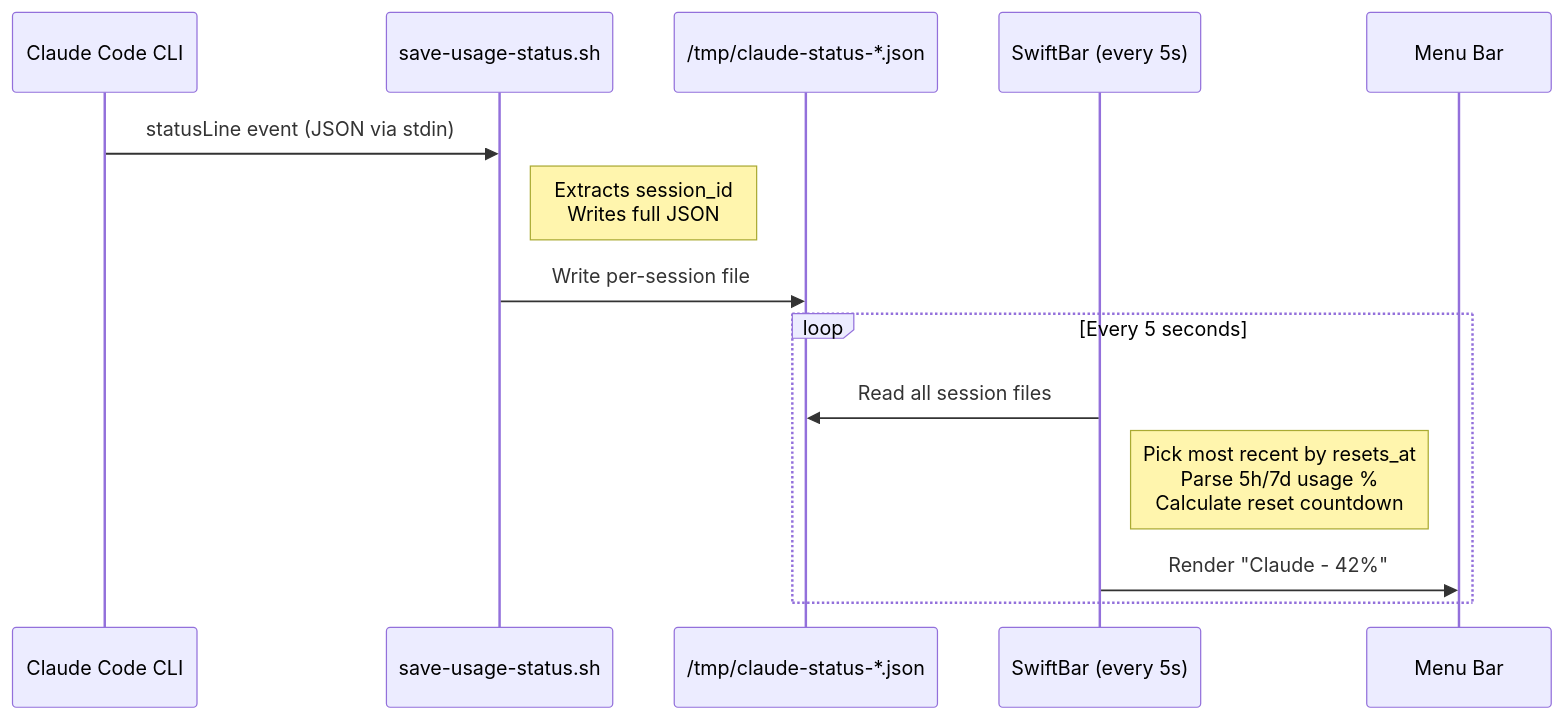
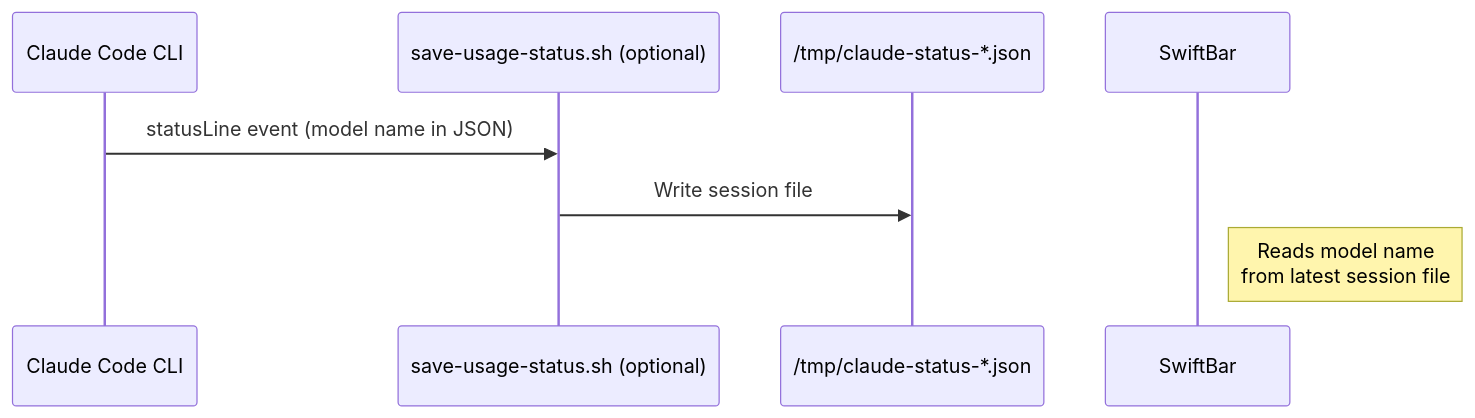
One commit to hohieuu/ai-usage-bar changed the second of 3 diagrams in README.md. Above: the diagram before and after it, drawn with Mermaid. The commit also changed other lines of this file and 4 other files, not shown here.

````diff
--- a/README.md
+++ b/README.md
@@ -81,17 +103,11 @@
 ```mermaid
 sequenceDiagram
     participant CC as Claude Code CLI
-    participant Hook as save-usage-status.sh
+    participant Hook as save-usage-status.sh (optional)
     participant Tmp as /tmp/claude-status-*.json
-    participant SB as SwiftBar (every 5s)
-    participant MB as Menu Bar
+    participant SB as SwiftBar
 
-    CC->>Hook: statusLine event (JSON via stdin)
-    Note right of Hook: Extracts session_id<br/>Writes full JSON
-    Hook->>Tmp: Write per-session file
-    loop Every 5 seconds
-        SB->>Tmp: Read all session files
-        Note right of SB: Pick most recent by resets_at<br/>Parse 5h/7d usage %<br/>Calculate reset countdown
-        SB->>MB: Render "Claude - 42%"
-    end
+    CC->>Hook: statusLine event (model name in JSON)
+    Hook->>Tmp: Write session file
+    Note right of SB: Reads model name<br/>from latest session file
 ```
````
